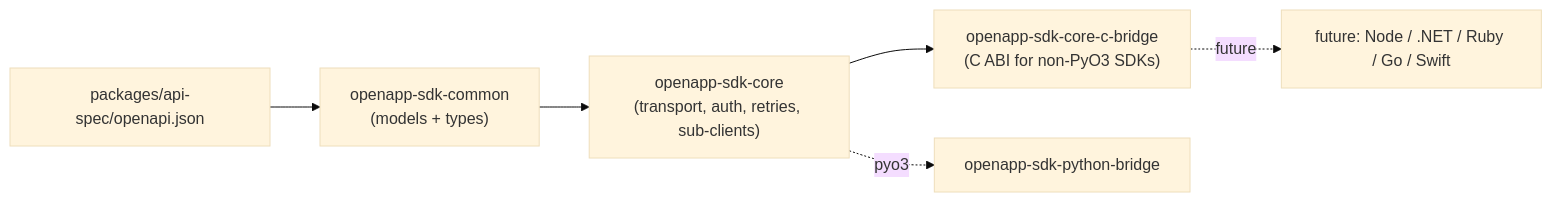
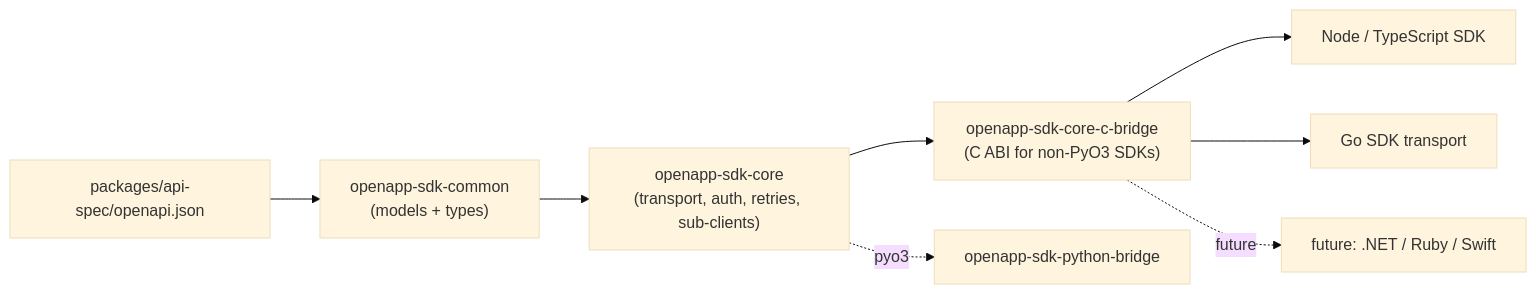
The diagram in rust/ARCHITECTURE.md (tomers/openapp-sdk), drawn with Mermaid (base theme) before and after one commit. The commit also changed other lines of this file and 27 other files, not shown here.

````diff
--- a/rust/ARCHITECTURE.md
+++ b/rust/ARCHITECTURE.md
@@ -8,8 +8,10 @@
 ```mermaid
 flowchart LR
   spec["packages/api-spec/openapi.json"] --> common
   common["openapp-sdk-common<br/>(models + types)"] --> core["openapp-sdk-core<br/>(transport, auth, retries, sub-clients)"]
   core --> cbridge["openapp-sdk-core-c-bridge<br/>(C ABI for non-PyO3 SDKs)"]
   core -.pyo3.-> python["openapp-sdk-python-bridge"]
-  cbridge -.future.-> nonpy["future: Node / .NET / Ruby / Go / Swift"]
+  cbridge --> node["Node / TypeScript SDK"]
+  cbridge --> go["Go SDK transport"]
+  cbridge -.future.-> nonpy["future: .NET / Ruby / Swift"]
 ```
````
